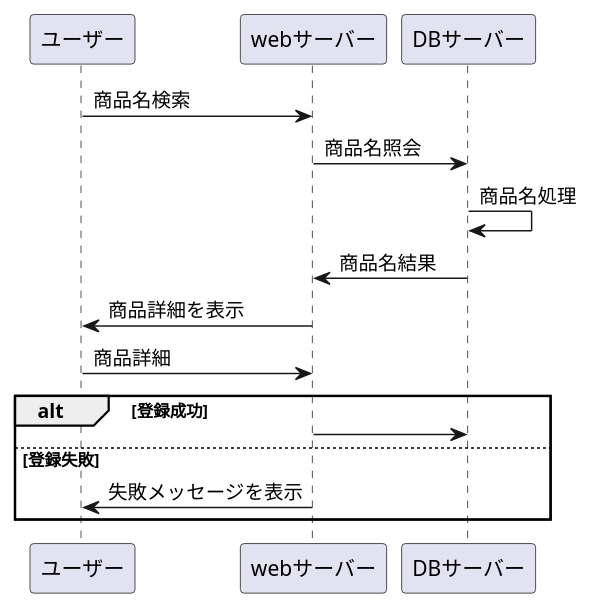
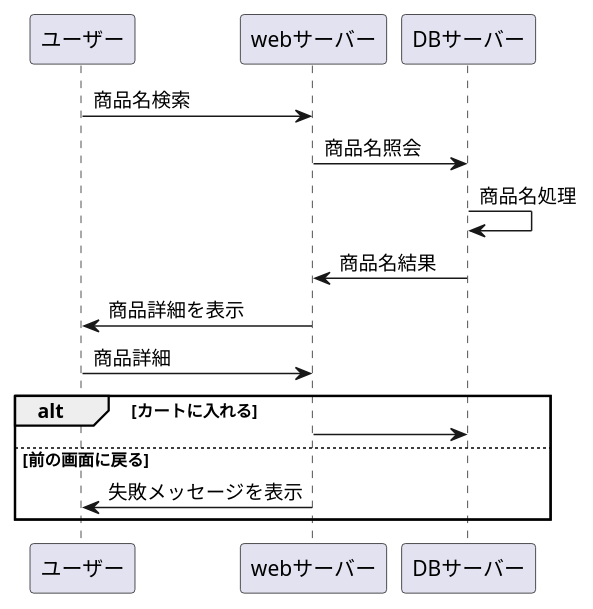
Before and after one commit to Aso2001403/2021sys-design: the diagram in syouhinnitirann.md, drawn with PlantUML.

````diff
--- a/syouhinnitirann.md
+++ b/syouhinnitirann.md
@@ -1,17 +1,17 @@
 ```uml
 @startuml
 
 
 ユーザー -> webサーバー : 商品名検索
 webサーバー -> DBサーバー : 商品名照会
 DBサーバー -> DBサーバー : 商品名処理
 DBサーバー -> webサーバー : 商品名結果
 webサーバー -> ユーザー : 商品詳細を表示
 ユーザー -> webサーバー : 商品詳細
-alt 登録成功
- webサーバー -> DBサーバー : 
- else 登録失敗
+alt カートに入れる
+ webサーバー -> DBサーバー :
+ else 前の画面に戻る
  webサーバー -> ユーザー : 失敗メッセージを表示
  end
 @enduml
 ```
````
